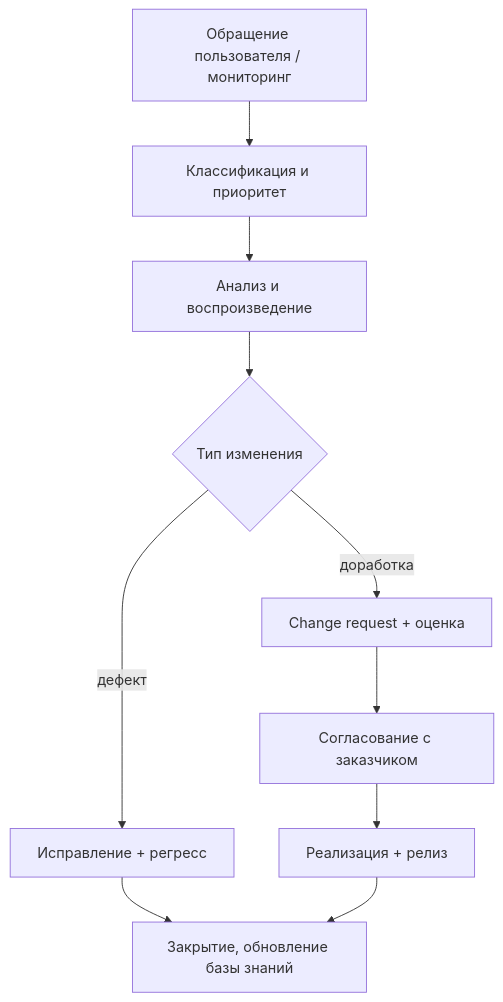
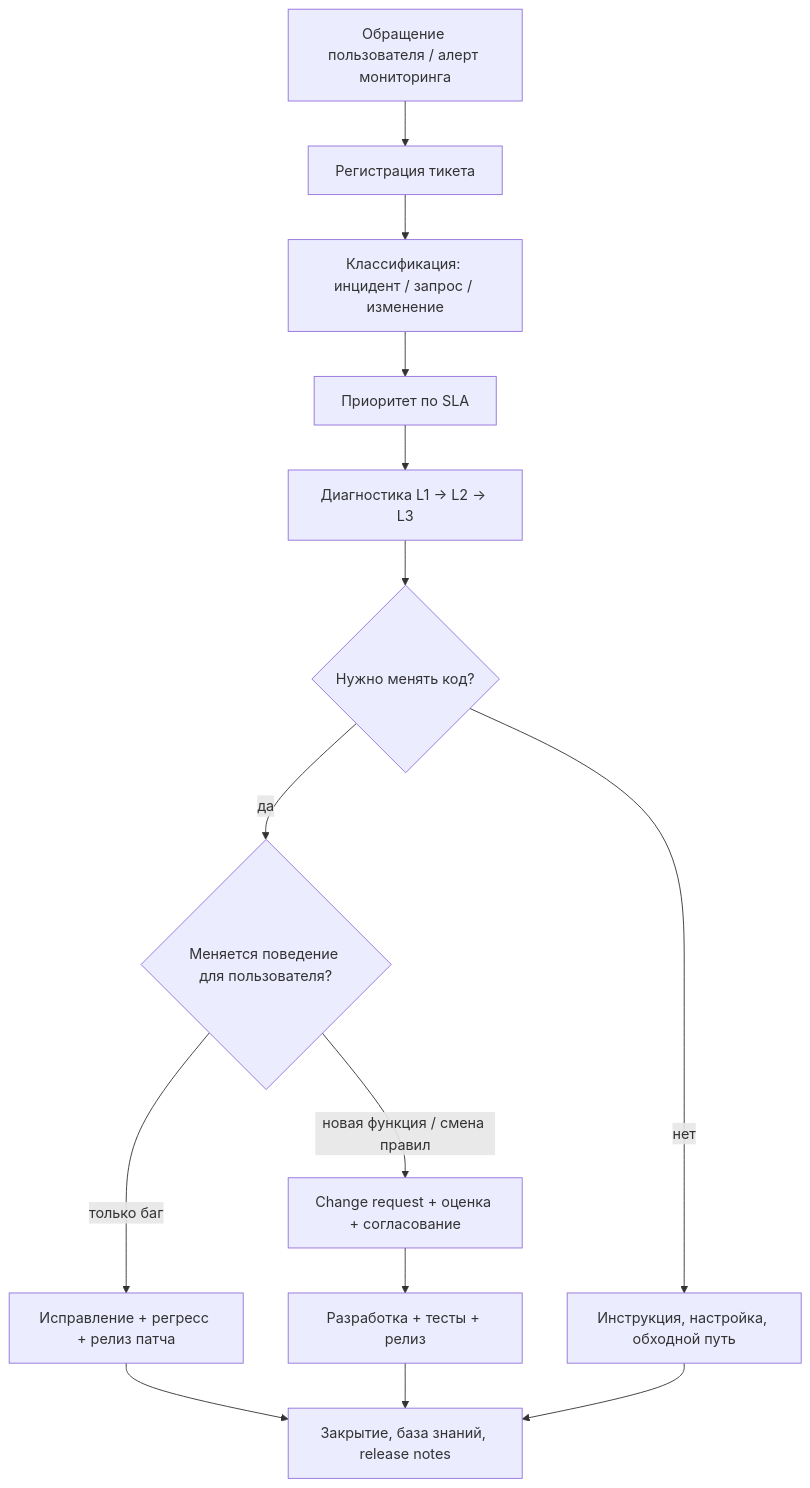
The diagram in docs/encyclopedia/7-project/7-13-ekonomika-proizvodstva-po/4.md (Spirzen/it-knowledge-base), drawn with Mermaid before and after one commit. The commit also changed other lines of this file and 8 other files, not shown here.

````diff
--- a/docs/encyclopedia/7-project/7-13-ekonomika-proizvodstva-po/4.md
+++ b/docs/encyclopedia/7-project/7-13-ekonomika-proizvodstva-po/4.md
@@ -48,12 +74,16 @@
 ```mermaid
 flowchart TD
-    A[Обращение пользователя / мониторинг] --> B[Классификация и приоритет]
-    B --> C[Анализ и воспроизведение]
-    C --> D{Тип изменения}
-    D -->|дефект| E[Исправление + регресс]
-    D -->|доработка| F[Change request + оценка]
-    F --> G[Согласование с заказчиком]
-    G --> H[Реализация + релиз]
-    E --> I[Закрытие, обновление базы знаний]
-    H --> I
+    A[Обращение пользователя / алерт мониторинга] --> B[Регистрация тикета]
+    B --> C[Классификация: инцидент / запрос / изменение]
+    C --> D[Приоритет по SLA]
+    D --> E[Диагностика L1 → L2 → L3]
+    E --> F{Нужно менять код?}
+    F -->|нет| G[Инструкция, настройка, обходной путь]
+    F -->|да| H{Меняется поведение для пользователя?}
+    H -->|только баг| I[Исправление + регресс + релиз патча]
+    H -->|новая функция / смена правил| J[Change request + оценка + согласование]
+    J --> K[Разработка + тесты + релиз]
+    I --> L[Закрытие, база знаний, release notes]
+    K --> L
+    G --> L
 ```
````
